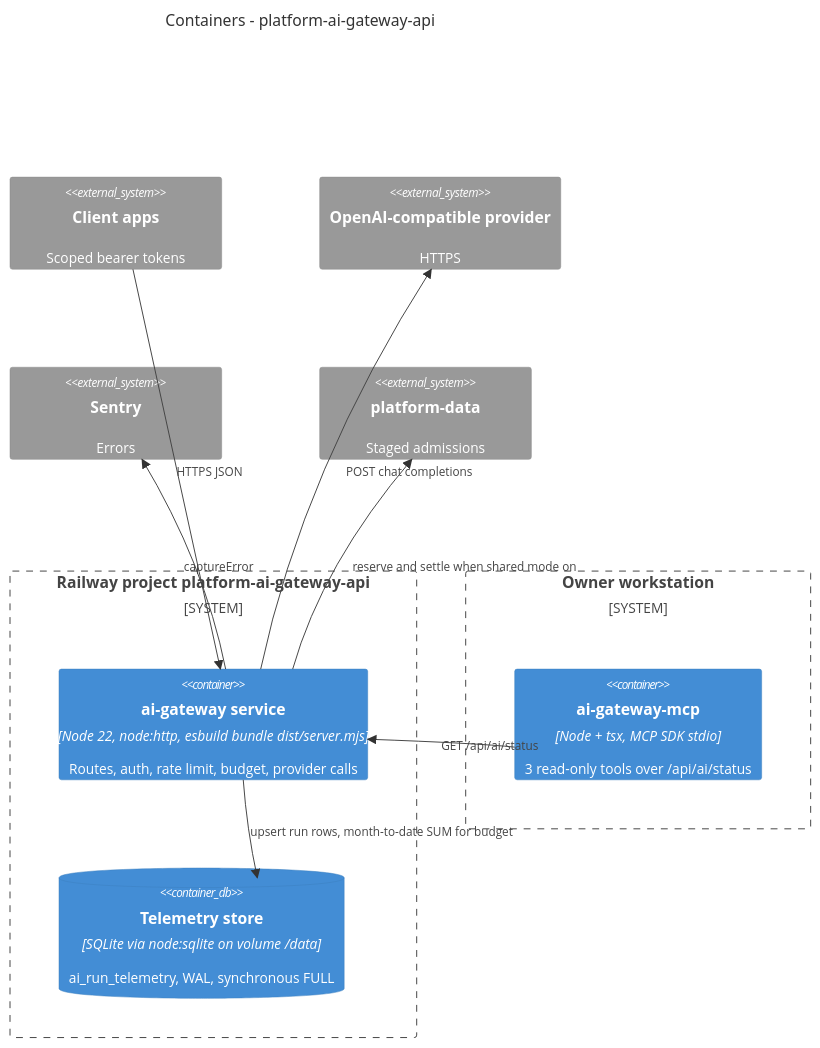
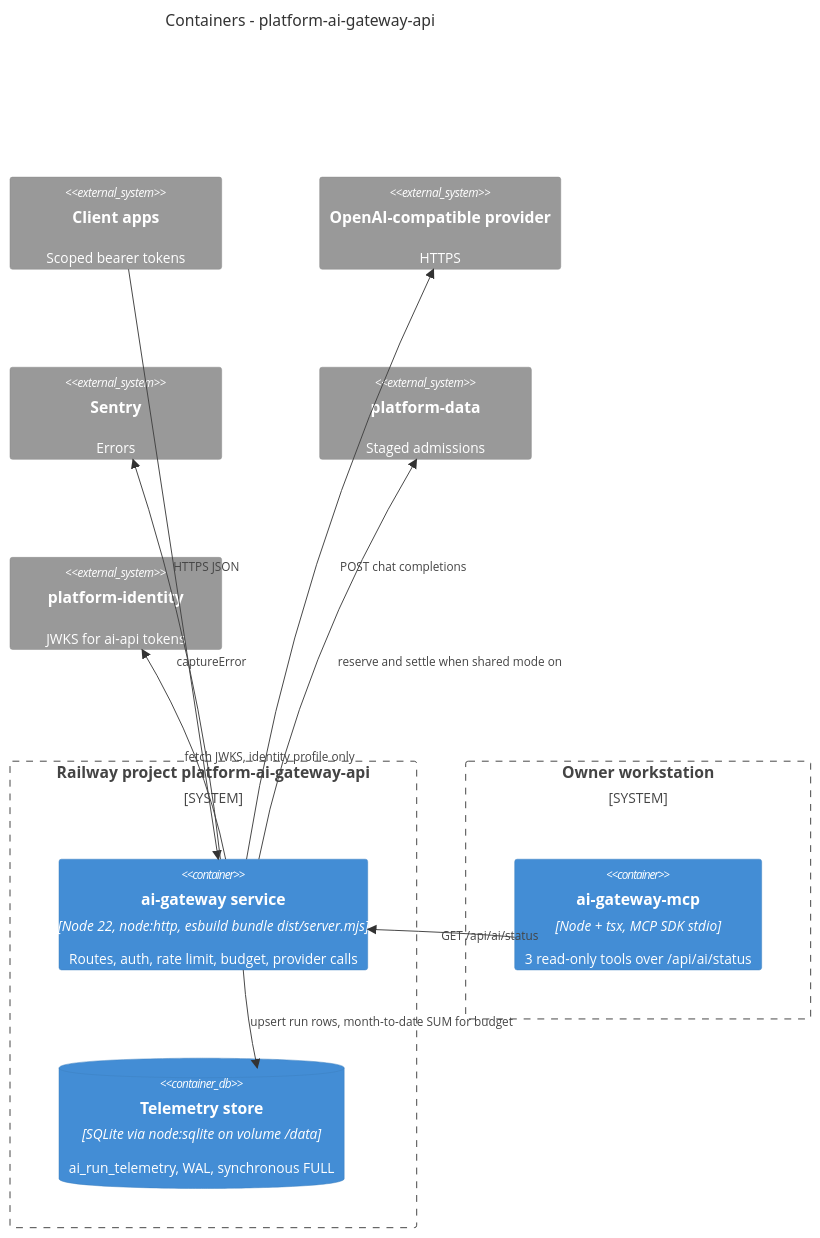
Before and after one commit to bookchaowalit/platform-ai-gateway-api: the diagram in docs/diagrams/06-c4-container.md, drawn with Mermaid. The commit also changed other lines of this file and 4 other files, not shown here.

Commit message:
docs(architecture): system architecture, C4 context/container and retro ADRs

````diff
--- a/docs/diagrams/06-c4-container.md
+++ b/docs/diagrams/06-c4-container.md
@@ -3,21 +3,23 @@
 ```mermaid
 C4Container
   title Containers - platform-ai-gateway-api
   System_Ext(apps, "Client apps", "Scoped bearer tokens")
   System_Ext(llm, "OpenAI-compatible provider", "HTTPS")
   System_Ext(sentry, "Sentry", "Errors")
   System_Ext(data, "platform-data", "Staged admissions")
+  System_Ext(idn, "platform-identity", "JWKS for ai-api tokens")
   System_Boundary(rw, "Railway project platform-ai-gateway-api") {
     Container(svc, "ai-gateway service", "Node 22, node:http, esbuild bundle dist/server.mjs", "Routes, auth, rate limit, budget, provider calls")
     ContainerDb(db, "Telemetry store", "SQLite via node:sqlite on volume /data", "ai_run_telemetry, WAL, synchronous FULL")
   }
   System_Boundary(local, "Owner workstation") {
     Container(mcp, "ai-gateway-mcp", "Node + tsx, MCP SDK stdio", "3 read-only tools over /api/ai/status")
   }
   Rel(apps, svc, "HTTPS JSON")
   Rel(mcp, svc, "GET /api/ai/status")
   Rel(svc, db, "upsert run rows, month-to-date SUM for budget")
   Rel(svc, llm, "POST chat completions")
   Rel(svc, sentry, "captureError")
   Rel(svc, data, "reserve and settle when shared mode on")
+  Rel(svc, idn, "fetch JWKS, identity profile only")
 ```
````
